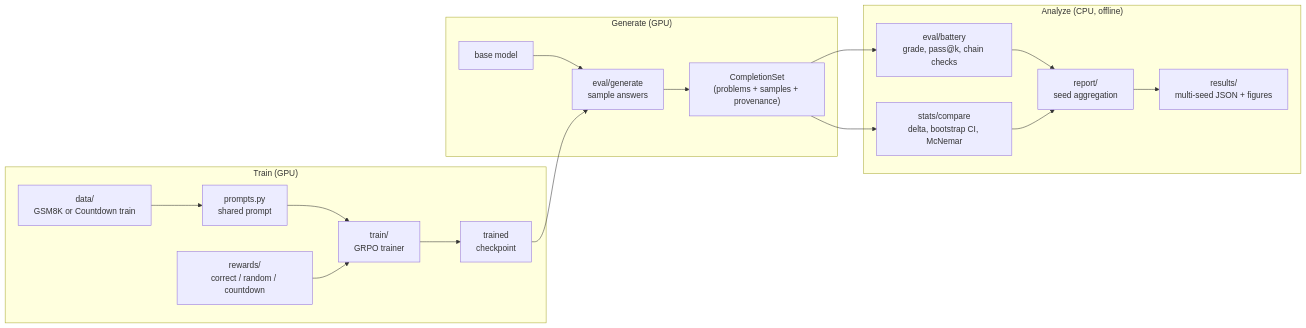
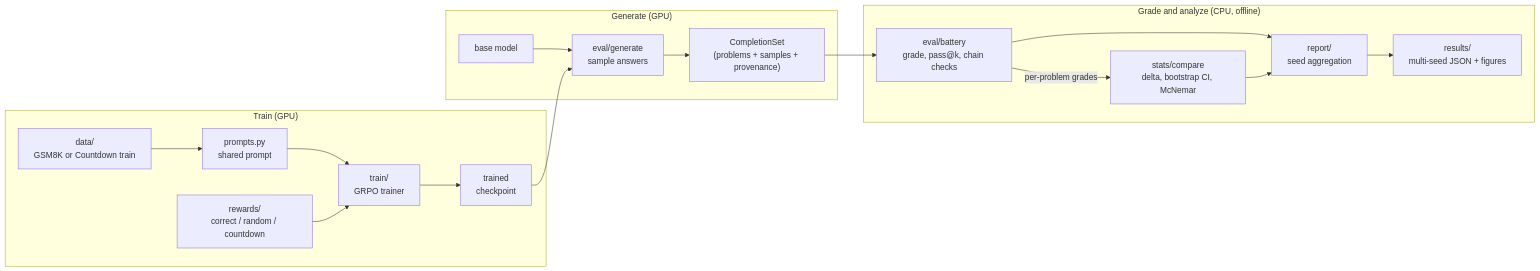
One commit to adamthuvesen/grpo-decomp changed the second of 5 diagrams in docs/architecture.md. Above: the diagram before and after it, drawn with Mermaid. The commit also changed other lines of this file and 72 other files, not shown here.

````diff
--- a/docs/architecture.md
+++ b/docs/architecture.md
@@ -50,21 +51,21 @@
 ```mermaid
 flowchart LR
     subgraph p1["Train (GPU)"]
         D["data/<br/>GSM8K or Countdown train"] --> P["prompts.py<br/>shared prompt"]
         P --> T["train/<br/>GRPO trainer"]
         R["rewards/<br/>correct / random / countdown"] --> T
         T --> M["trained<br/>checkpoint"]
     end
     subgraph p2["Generate (GPU)"]
         BASE["base model"] --> G["eval/generate<br/>sample answers"]
         M --> G
         G --> CS["CompletionSet<br/>(problems + samples + provenance)"]
     end
-    subgraph p3["Analyze (CPU, offline)"]
+    subgraph p3["Grade and analyze (CPU, offline)"]
         CS --> B["eval/battery<br/>grade, pass@k, chain checks"]
-        CS --> C["stats/compare<br/>delta, bootstrap CI, McNemar"]
+        B -->|"per-problem grades"| C["stats/compare<br/>delta, bootstrap CI, McNemar"]
         B --> REP["report/<br/>seed aggregation"]
         C --> REP
         REP --> RES["results/<br/>multi-seed JSON + figures"]
     end
 ```
````
